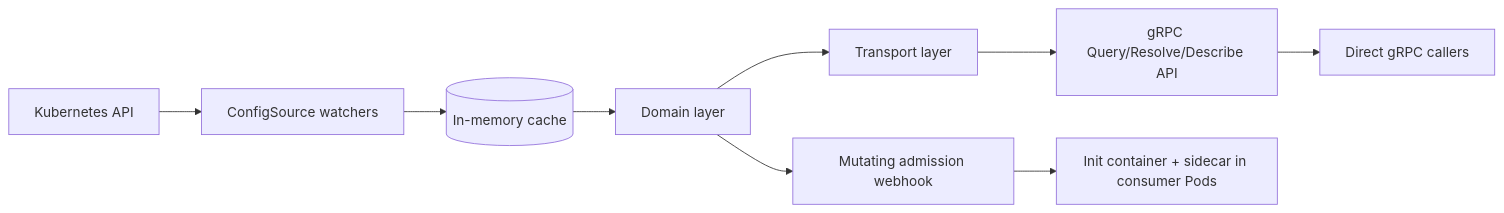
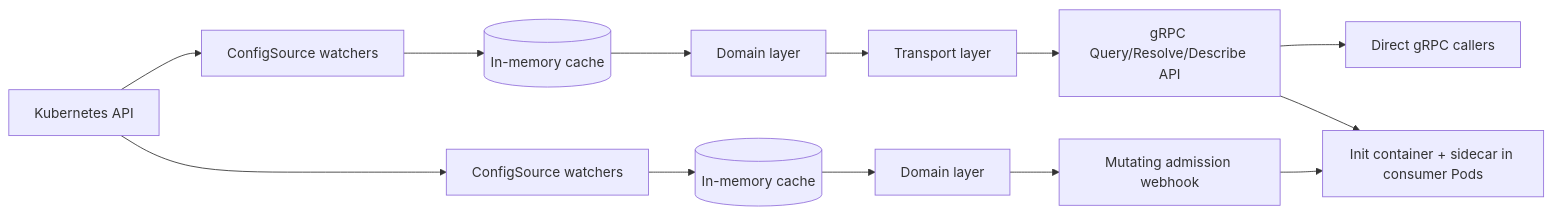
Before and after one commit to Garoze/Muninn: the diagram in docs/design.md, drawn with Mermaid. The commit also changed other lines of this file, not shown here.

````diff
--- a/docs/design.md
+++ b/docs/design.md
@@ -83,11 +85,16 @@
 ```mermaid
 flowchart LR
     K[Kubernetes API] --> W[ConfigSource watchers]
     W --> C[(In-memory cache)]
     C --> D[Domain layer]
     D --> T[Transport layer]
     T --> Q[gRPC Query/Resolve/Describe API]
     Q --> X[Direct gRPC callers]
-    D --> H[Mutating admission webhook]
-    H --> P[Init container + sidecar in consumer Pods]
+    Q --> P[Init container + sidecar in consumer Pods]
+
+    K --> W2[ConfigSource watchers]
+    W2 --> C2[(In-memory cache)]
+    C2 --> D2[Domain layer]
+    D2 --> H[Mutating admission webhook]
+    H --> P
 ```
````
